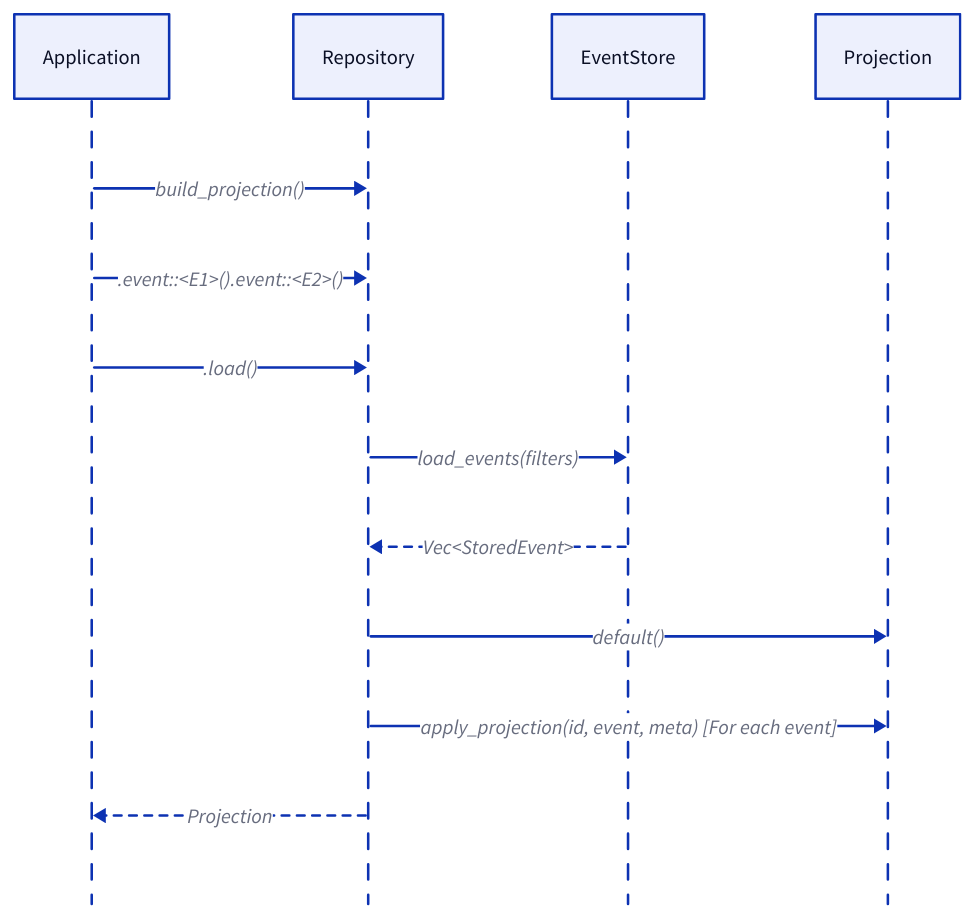
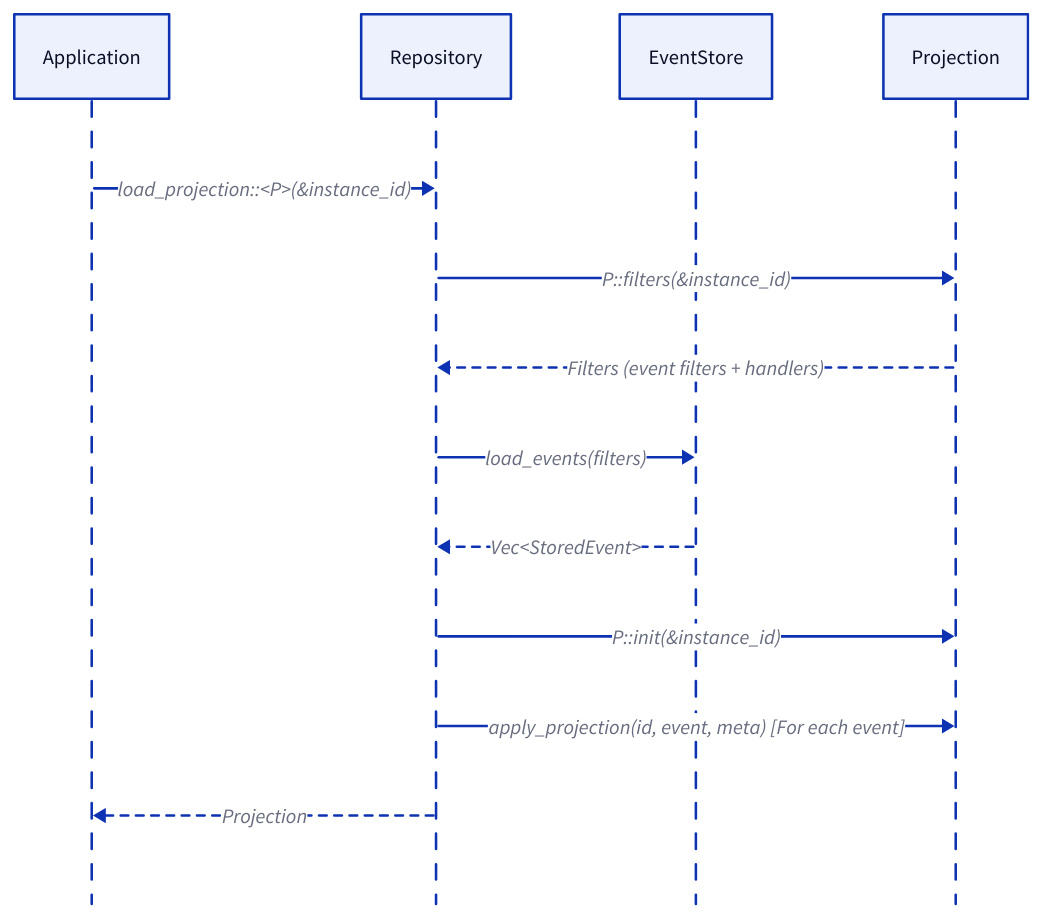
One commit to danieleades/sourcery changed the third of 3 diagrams in docs/src/concepts/architecture.md. Above: the diagram before and after it, drawn with D2. The commit also changed other lines of this file and 44 other files, not shown here.

````diff
--- a/docs/src/concepts/architecture.md
+++ b/docs/src/concepts/architecture.md
@@ -70,17 +70,17 @@
 ```d2
 shape: sequence_diagram
 
 App: Application
 Repo: Repository
 Store: EventStore
 Proj: Projection
 
-App -> Repo: "build_projection()"
-App -> Repo: ".event::<E1>().event::<E2>()"
-App -> Repo: ".load()"
+App -> Repo: "load_projection::<P>(&instance_id)"
+Repo -> Proj: "P::filters(&instance_id)"
+Proj -> Repo: "Filters (event filters + handlers)" {style.stroke-dash: 3}
 Repo -> Store: "load_events(filters)"
 Store -> Repo: "Vec<StoredEvent>" {style.stroke-dash: 3}
-Repo -> Proj: "default()"
+Repo -> Proj: "P::init(&instance_id)"
 Repo -> Proj: "apply_projection(id, event, meta) [For each event]"
 Repo -> App: "Projection" {style.stroke-dash: 3}
 ```
````
